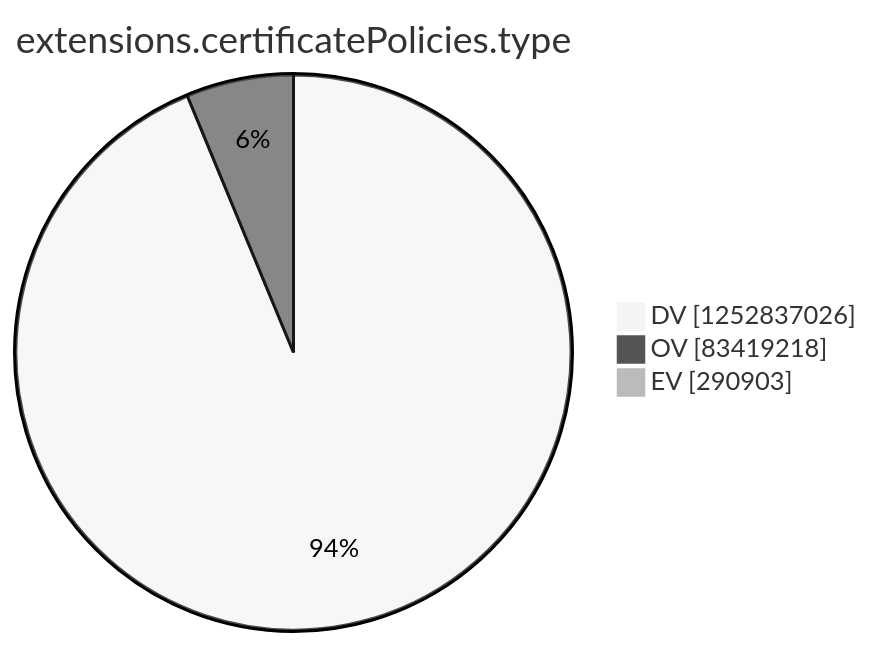
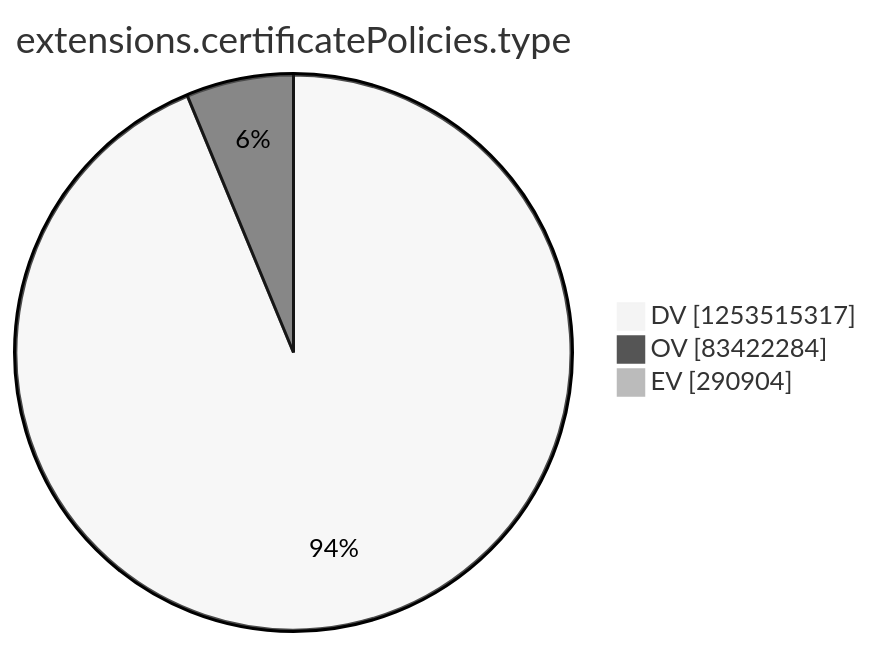
Before and after one commit to christiankrug/ctmonitor_visualization: the tenth of 15 diagrams in argon2022/README.md, drawn with Mermaid (neutral theme). The commit also changed other lines of this file, not shown here.

````diff
--- a/argon2022/README.md
+++ b/argon2022/README.md
@@ -2771,7 +2771,7 @@
 ```mermaid
 pie showData
 title extensions.certificatePolicies.type
-"DV" :1252837026
-"OV" :83419218
-"EV" :290903
+"DV" :1253515317
+"OV" :83422284
+"EV" :290904
 ```
````
